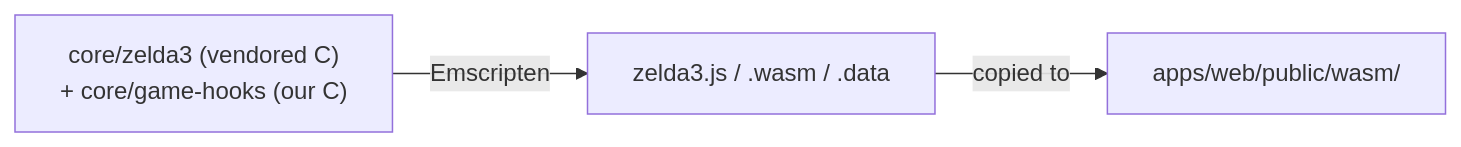
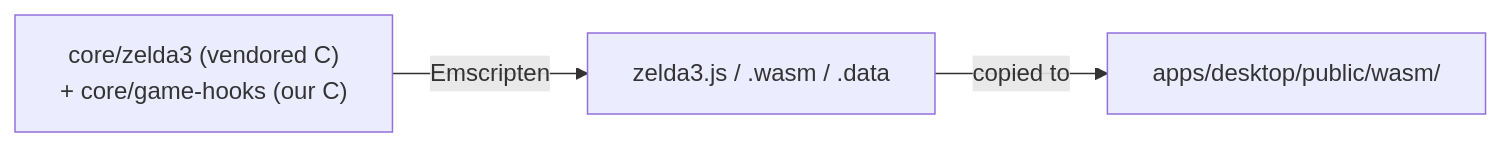
One commit to drizztdourden08/relic-of-the-past changed the diagram in docs/architecture/wasm-bridge.md. Above: the diagram before and after it, drawn with Mermaid. The commit also changed other lines of this file and 7260 other files, not shown here.

````diff
--- a/docs/architecture/wasm-bridge.md
+++ b/docs/architecture/wasm-bridge.md
@@ -10,5 +10,5 @@
 ```mermaid
 flowchart LR
     SRC["core/zelda3 (vendored C)<br/>+ core/game-hooks (our C)"] -->|"Emscripten"| OUT["zelda3.js / .wasm / .data"]
-    OUT -->|"copied to"| PUB["apps/web/public/wasm/"]
+    OUT -->|"copied to"| PUB["apps/desktop/public/wasm/"]
 ```
````
